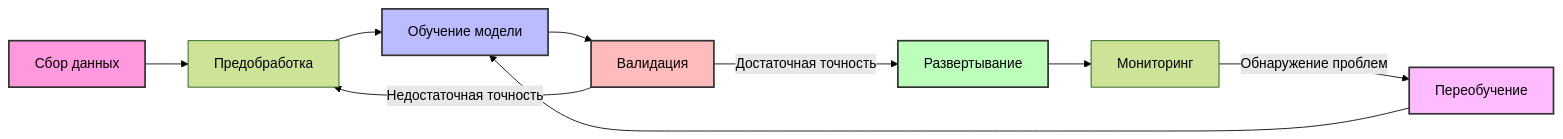
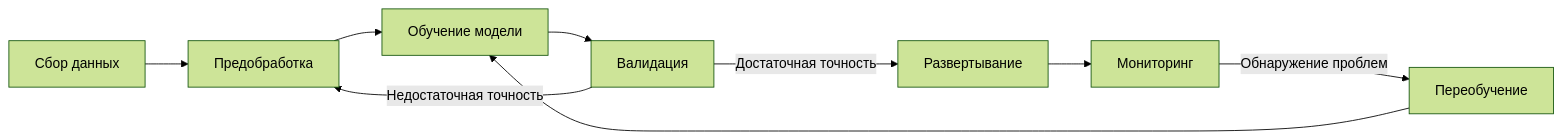
Before and after one commit to Butcher044/H2-Hibernate: the seventh of 8 diagrams in README.md, drawn with Mermaid (forest theme). The commit also changed other lines of this file, not shown here.

````diff
--- a/README.md
+++ b/README.md
@@ -294,17 +289,12 @@
 ```mermaid
 graph LR
     A[Сбор данных] --> B[Предобработка]
     B --> C[Обучение модели]
     C --> D[Валидация]
     D -->|Недостаточная точность| B
     D -->|Достаточная точность| E[Развертывание]
     E --> F[Мониторинг]
     F -->|Обнаружение проблем| G[Переобучение]
     G --> C
     
-    style A fill:#f9d,stroke:#333,stroke-width:2px
-    style C fill:#bbf,stroke:#333,stroke-width:2px
-    style D fill:#fbb,stroke:#333,stroke-width:2px
-    style E fill:#bfb,stroke:#333,stroke-width:2px
-    style G fill:#fbf,stroke:#333,stroke-width:2px
 ```
````
